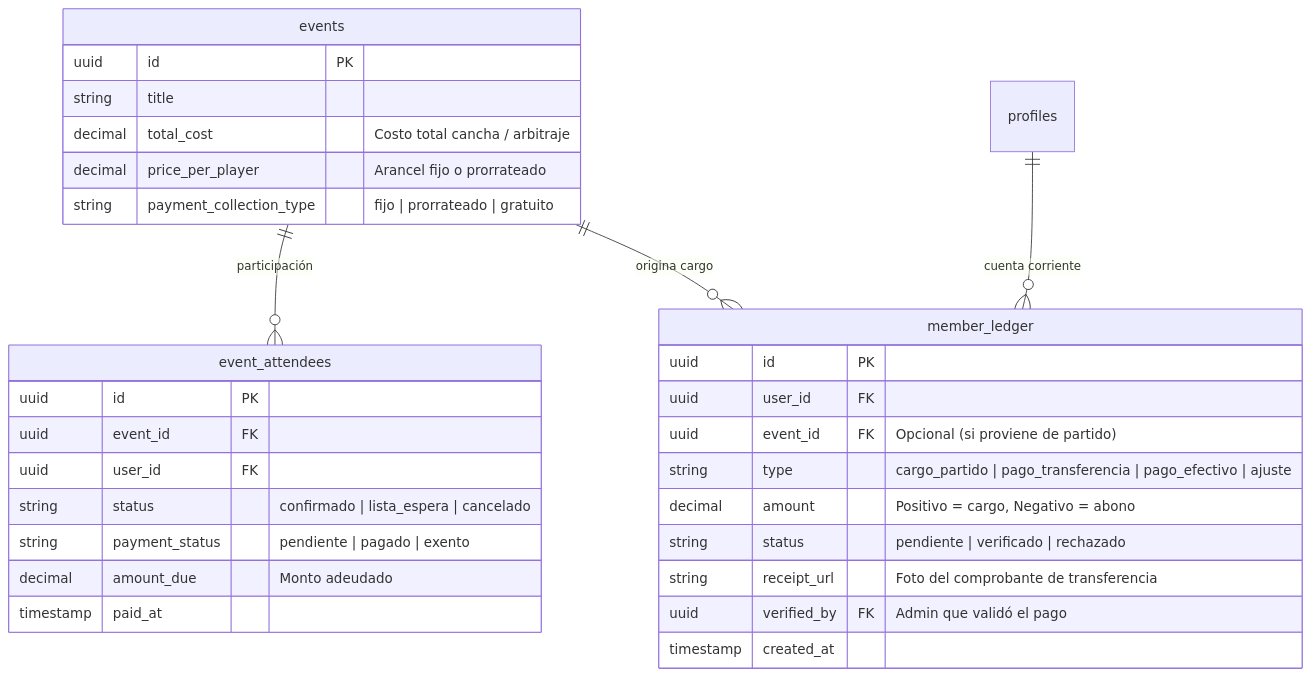
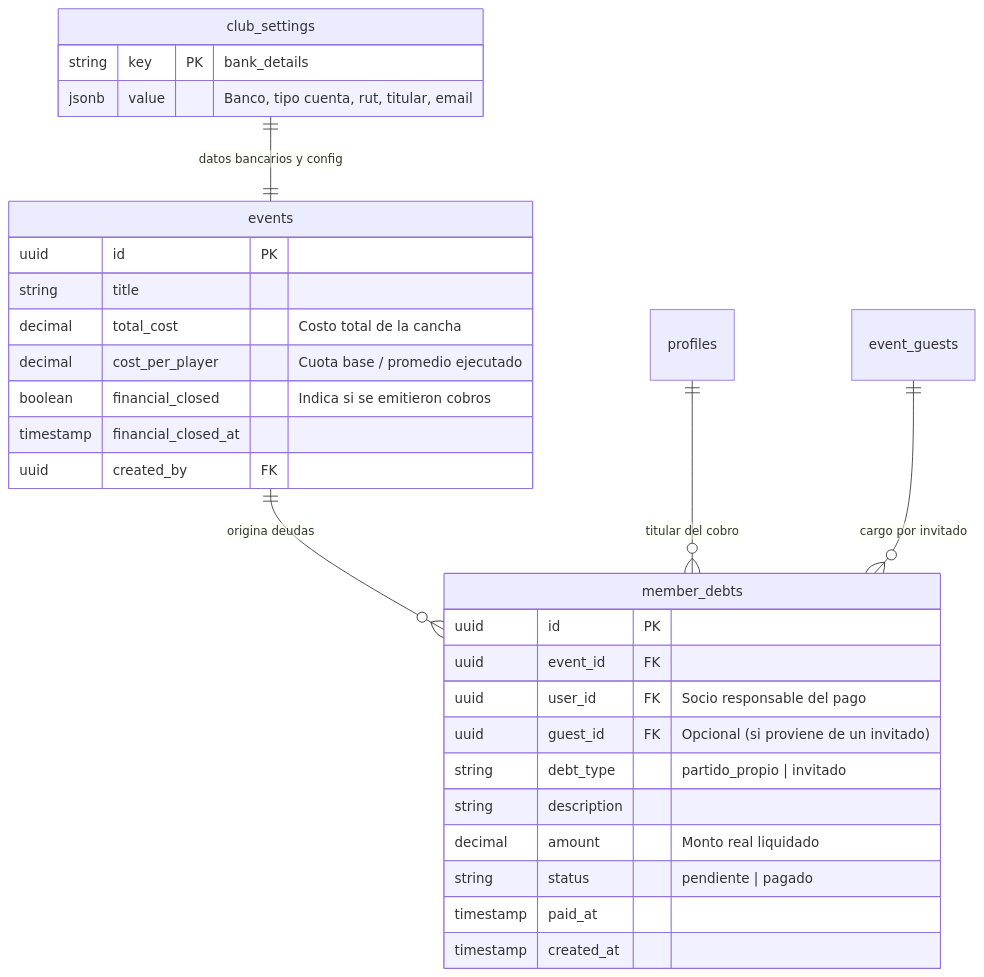
The first of 2 diagrams in docs/wiki/04_MODELO_FINANCIERO_Y_DEUDAS.md (Aspirador4/NewCampApp), drawn with Mermaid before and after one commit. The commit also changed other lines of this file and 7 other files, not shown here.

Commit message:
docs(wiki): update complete technical wiki with financial closures, admission gatekeeper, calendar export, push account sync, and member directory

````diff
--- a/docs/wiki/04_MODELO_FINANCIERO_Y_DEUDAS.md
+++ b/docs/wiki/04_MODELO_FINANCIERO_Y_DEUDAS.md
@@ -18,36 +11,35 @@
 ```mermaid
 erDiagram
-    events ||--o{ event_attendees : "participación"
-    events ||--o{ member_ledger : "origina cargo"
-    profiles ||--o{ member_ledger : "cuenta corriente"
+    events ||--o{ member_debts : "origina deudas"
+    profiles ||--o{ member_debts : "titular del cobro"
+    event_guests ||--o{ member_debts : "cargo por invitado"
+    club_settings ||--|| events : "datos bancarios y config"
 
     events {
         uuid id PK
         string title
-        decimal total_cost "Costo total cancha / arbitraje"
-        decimal price_per_player "Arancel fijo o prorrateado"
-        string payment_collection_type "fijo | prorrateado | gratuito"
+        decimal total_cost "Costo total de la cancha"
+        decimal cost_per_player "Cuota base / promedio ejecutado"
+        boolean financial_closed "Indica si se emitieron cobros"
+        timestamp financial_closed_at
+        uuid created_by FK
     }
 
-    event_attendees {
+    member_debts {
         uuid id PK
         uuid event_id FK
-        uuid user_id FK
-        string status "confirmado | lista_espera | cancelado"
-        string payment_status "pendiente | pagado | exento"
-        decimal amount_due "Monto adeudado"
+        uuid user_id FK "Socio responsable del pago"
+        uuid guest_id FK "Opcional (si proviene de un invitado)"
+        string debt_type "partido_propio | invitado"
+        string description
+        decimal amount "Monto real liquidado"
+        string status "pendiente | pagado"
         timestamp paid_at
+        timestamp created_at
     }
 
-    member_ledger {
-        uuid id PK
-        uuid user_id FK
-        uuid event_id FK "Opcional (si proviene de partido)"
-        string type "cargo_partido | pago_transferencia | pago_efectivo | ajuste"
-        decimal amount "Positivo = cargo, Negativo = abono"
-        string status "pendiente | verificado | rechazado"
-        string receipt_url "Foto del comprobante de transferencia"
-        uuid verified_by FK "Admin que validó el pago"
-        timestamp created_at
+    club_settings {
+        string key PK "bank_details"
+        jsonb value "Banco, tipo cuenta, rut, titular, email"
     }
 ```
````
